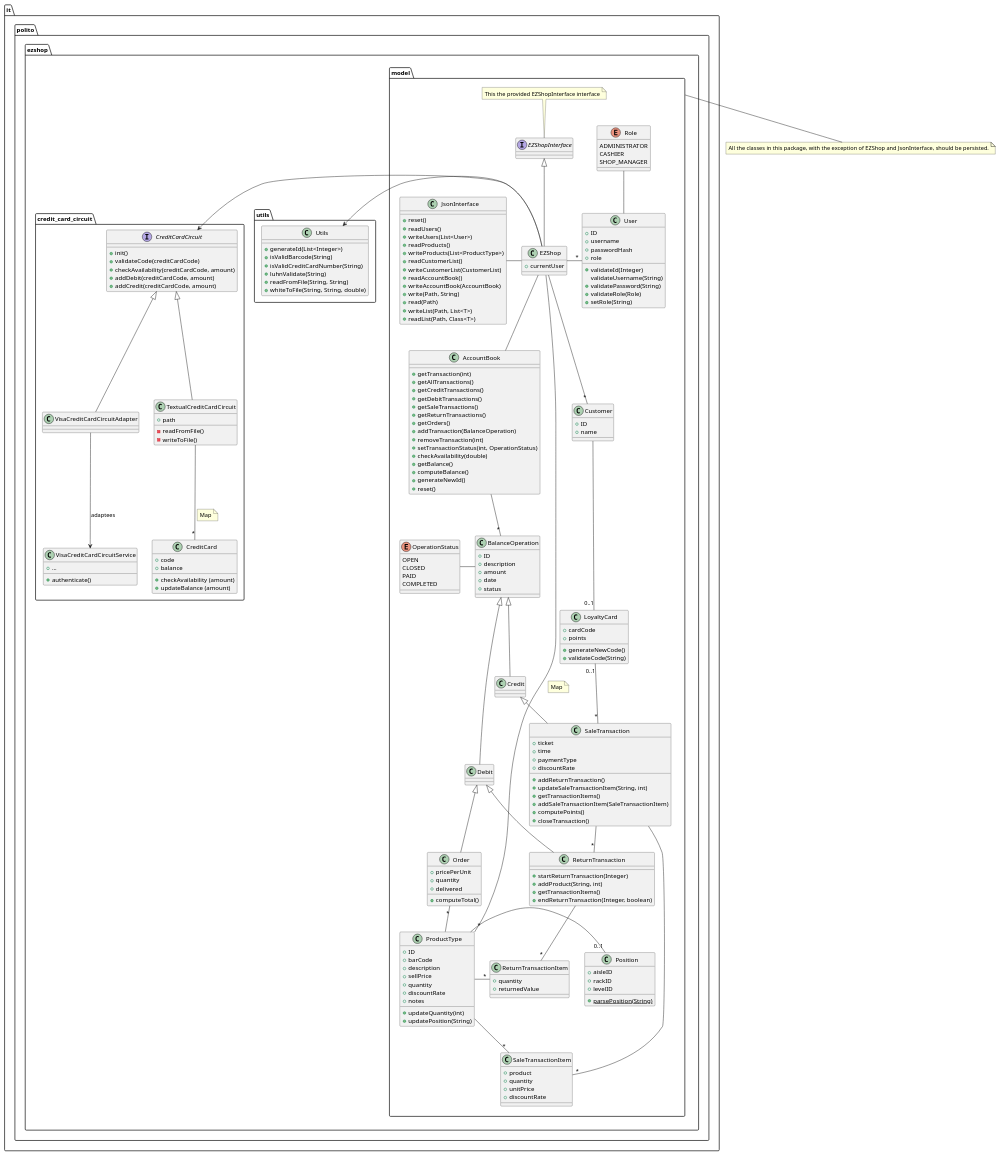
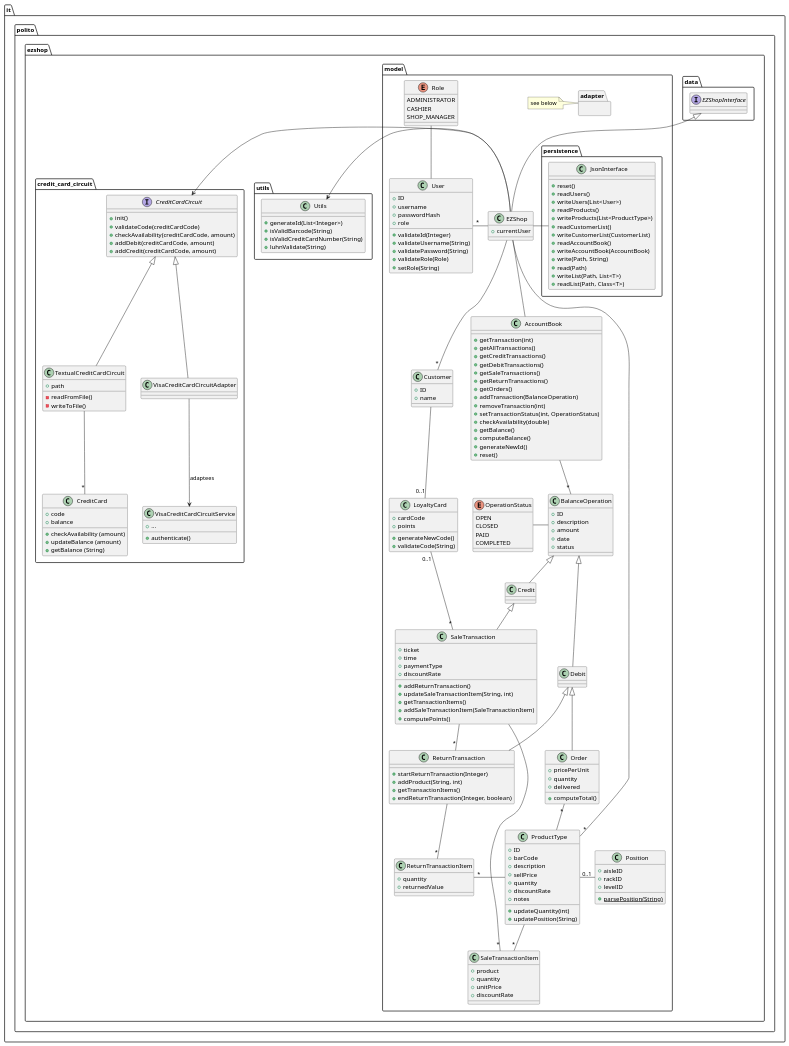
One commit to polito-se2-21-r03/se1-ezshop changed the third of 14 diagrams in Deliverables/DesignDocument.md. Above: the diagram before and after it, drawn with PlantUML. The commit also changed other lines of this file, not shown here.

````diff
--- a/Deliverables/DesignDocument.md
+++ b/Deliverables/DesignDocument.md
@@ -107,12 +107,17 @@
 ```plantuml
 
-package it.polito.ezshop.model {
-interface EZShopInterface {
+package it.polito.ezshop.data {
+    interface EZShopInterface {
+    }
 }
 
-note "This the provided EZShopInterface interface" as n
+package it.polito.ezshop.model {
 
-n -down- EZShopInterface
+package adapter {
+}
+
+note "see below" as see_below
+see_below - adapter
 
 class EZShop {
     + currentUser
@@ -121,20 +126,22 @@
 EZShopInterface <|-- EZShop
 
 
-class JsonInterface {
-    + reset()
-    + readUsers()
-    + writeUsers(List<User>)
-    + readProducts()
-    + writeProducts(List<ProductType>)
-    + readCustomerList()
-    + writeCustomerList(CustomerList)
-    + readAccountBook()
-    + writeAccountBook(AccountBook)
-    + write(Path, String)
-    + read(Path)
-    + writeList(Path, List<T>)
-    + readList(Path, Class<T>)
+package persistence {
+    class JsonInterface {
+        + reset()
+        + readUsers()
+        + writeUsers(List<User>)
+        + readProducts()
+        + writeProducts(List<ProductType>)
+        + readCustomerList()
+        + writeCustomerList(CustomerList)
+        + readAccountBook()
+        + writeAccountBook(AccountBook)
+        + write(Path, String)
+        + read(Path)
+        + writeList(Path, List<T>)
+        + readList(Path, Class<T>)
+    }
 }
 
 JsonInterface ---right- EZShop
@@ -143,9 +150,6 @@
 EZShop -right- "*" User
 EZShop -- AccountBook
 EZShop -down--- "*" ProductType
-note right on link
-Map
-end note
 
 class User {
     + ID
@@ -153,7 +157,7 @@
     + passwordHash
     + role
     + validateId(Integer)
-    validateUsername(String)
+    + validateUsername(String)
     + validatePassword(String)
     + validateRole(Role)
     + setRole(String)
@@ -225,7 +229,6 @@
     + getTransactionItems()
     + addSaleTransactionItem(SaleTransactionItem)
     + computePoints()
-    + closeTransaction()
 }
 
 class SaleTransactionItem {
@@ -310,18 +313,12 @@
 ReturnTransaction -up-|> Debit
 }
 
-note "All the classes in this package, with the exception of EZShop and JsonInterface, should be persisted." as note_persistence
-
-it.polito.ezshop.model -down- note_persistence
-
 package it.polito.ezshop.utils {
   class Utils {
       + generateId(List<Integer>)
       + isValidBarcode(String)
       + isValidCreditCardNumber(String)
       + luhnValidate(String)
-      + readFromFile(String, String)
-      + whiteToFile(String, String, double)
   }
   Utils <-right- EZShop
 }
@@ -348,12 +345,10 @@
         + balance
         + checkAvailability (amount)
         + updateBalance (amount)
+        + getBalance (String)
     }
 
     CreditCard "*" -up- TextualCreditCardCircuit
-    note right on link
-    Map
-    end note
 
     class VisaCreditCardCircuitAdapter {}
 
````
